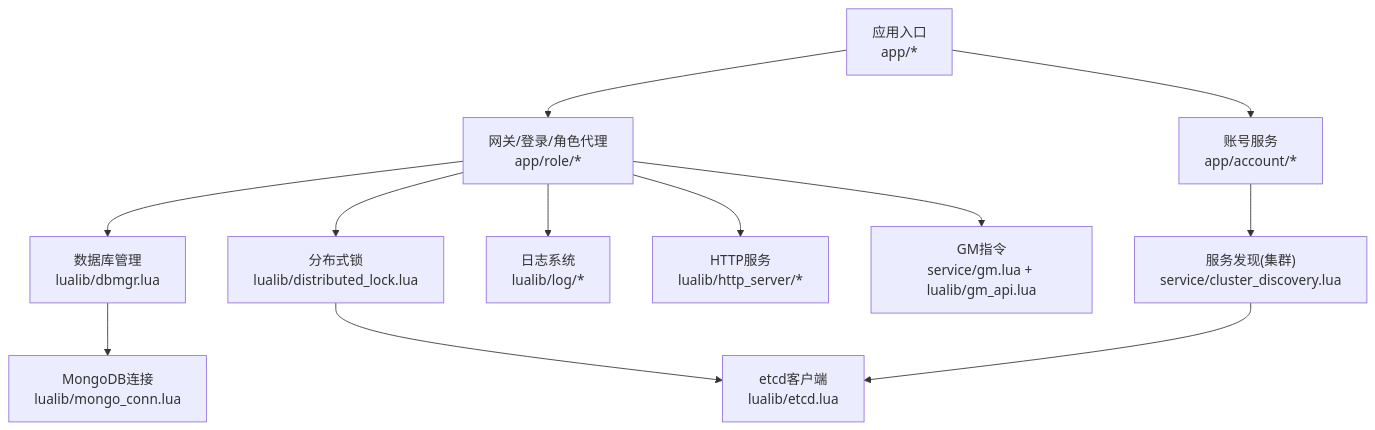
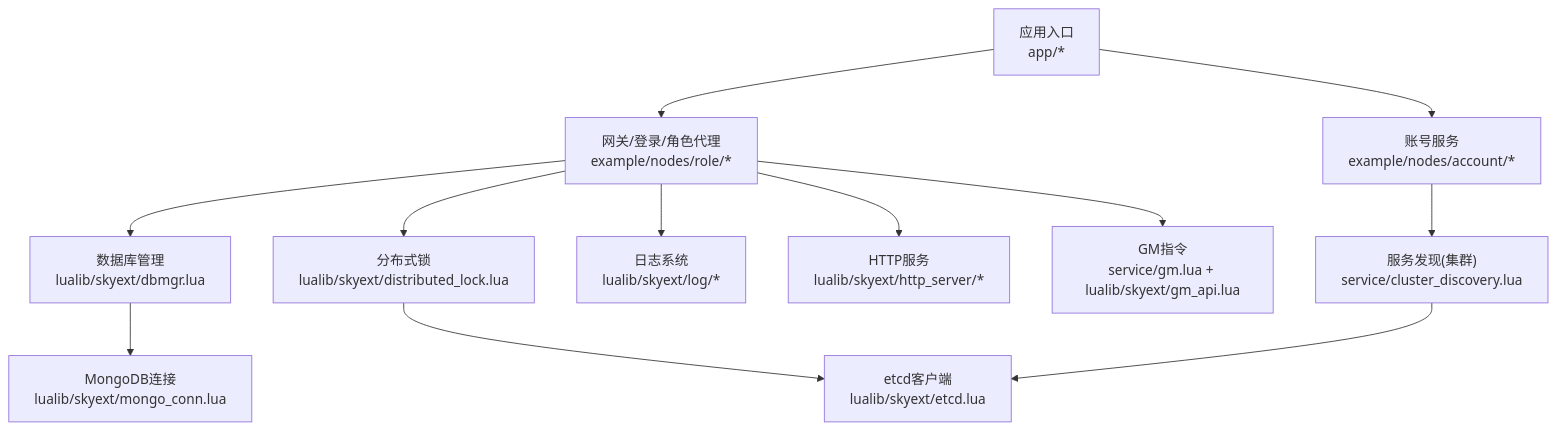
One commit to hanxi/skyext changed the first of 7 diagrams in docs/repowiki/zh/content/最佳实践/故障处理.md. Above: the diagram before and after it, drawn with Mermaid. The commit also changed other lines of this file and 117 other files, not shown here.

````diff
--- a/docs/repowiki/zh/content/最佳实践/故障处理.md
+++ b/docs/repowiki/zh/content/最佳实践/故障处理.md
@@ -42,14 +42,14 @@
 ```mermaid
 graph TB
-A["应用入口<br/>app/*"] --> B["网关/登录/角色代理<br/>app/role/*"]
-A --> C["账号服务<br/>app/account/*"]
-B --> D["数据库管理<br/>lualib/dbmgr.lua"]
-B --> E["分布式锁<br/>lualib/distributed_lock.lua"]
+A["应用入口<br/>app/*"] --> B["网关/登录/角色代理<br/>example/nodes/role/*"]
+A --> C["账号服务<br/>example/nodes/account/*"]
+B --> D["数据库管理<br/>lualib/skyext/dbmgr.lua"]
+B --> E["分布式锁<br/>lualib/skyext/distributed_lock.lua"]
 C --> F["服务发现(集群)<br/>service/cluster_discovery.lua"]
-E --> G["etcd客户端<br/>lualib/etcd.lua"]
+E --> G["etcd客户端<br/>lualib/skyext/etcd.lua"]
 F --> G
-D --> H["MongoDB连接<br/>lualib/mongo_conn.lua"]
-B --> I["日志系统<br/>lualib/log/*"]
-B --> J["HTTP服务<br/>lualib/http_server/*"]
-B --> K["GM指令<br/>service/gm.lua + lualib/gm_api.lua"]
+D --> H["MongoDB连接<br/>lualib/skyext/mongo_conn.lua"]
+B --> I["日志系统<br/>lualib/skyext/log/*"]
+B --> J["HTTP服务<br/>lualib/skyext/http_server/*"]
+B --> K["GM指令<br/>service/gm.lua + lualib/skyext/gm_api.lua"]
 ```
````
